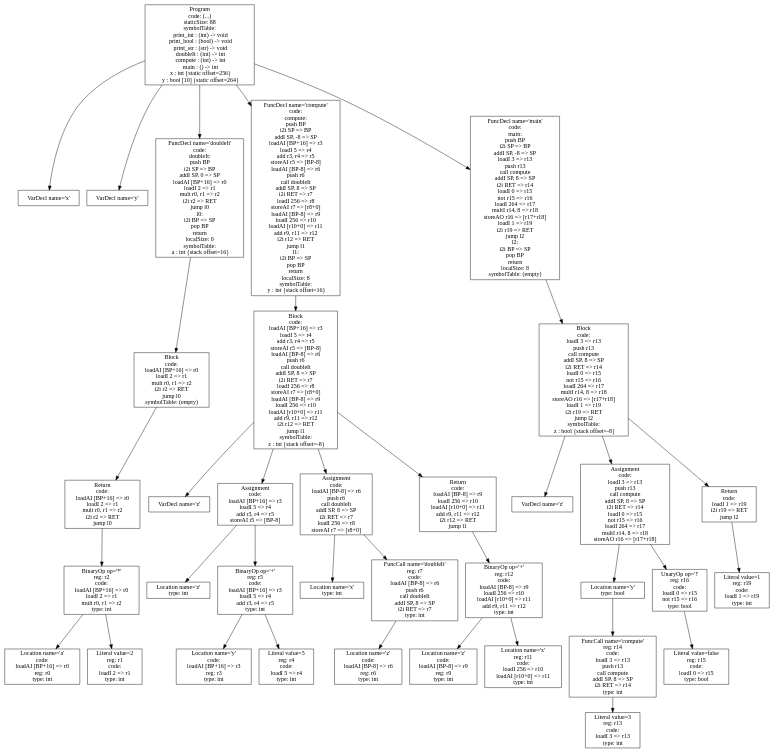
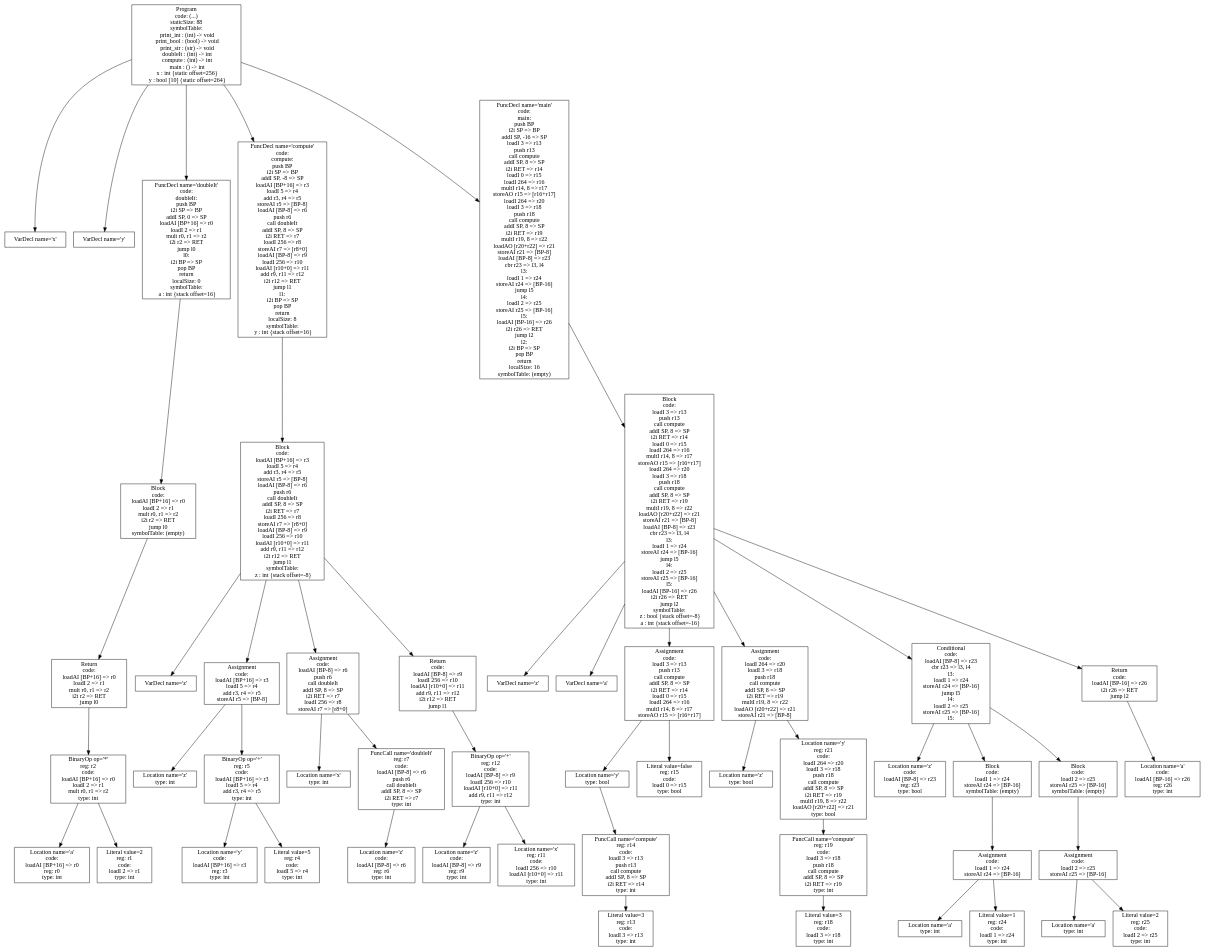
Before and after one commit to purejerome/cs432_project: the diagram in p4-codegen/iloc-tree.dot, drawn with Graphviz. The commit also changed 4 other files, not shown here.

Commit message:
changed bool sizing in location as well

```diff
--- a/p4-codegen/iloc-tree.dot
+++ b/p4-codegen/iloc-tree.dot
@@ -1,73 +1,103 @@
 digraph AST {
 1 [shape=box, label="VarDecl name='x'"];
 2 [shape=box, label="VarDecl name='y'"];
 7 [shape=box, label="Location name='a'\ncode: \nloadAI [BP+16] => r0\nreg: r0\ntype: int"];
 8 [shape=box, label="Literal value=2\nreg: r1\ncode: \nloadI 2 => r1\ntype: int"];
 6 [shape=box, label="BinaryOp op='*'\nreg: r2\ncode: \nloadAI [BP+16] => r0\nloadI 2 => r1\nmult r0, r1 => r2\ntype: int"];
 6 -> 7;
 6 -> 8;
 5 [shape=box, label="Return\ncode: \nloadAI [BP+16] => r0\nloadI 2 => r1\nmult r0, r1 => r2\ni2i r2 => RET\njump l0"];
 5 -> 6;
 4 [shape=box, label="Block\ncode: \nloadAI [BP+16] => r0\nloadI 2 => r1\nmult r0, r1 => r2\ni2i r2 => RET\njump l0\nsymbolTable: (empty)"];
 4 -> 5;
 3 [shape=box, label="FuncDecl name='doubleIt'\ncode: \ndoubleIt:\npush BP\ni2i SP => BP\naddI SP, 0 => SP\nloadAI [BP+16] => r0\nloadI 2 => r1\nmult r0, r1 => r2\ni2i r2 => RET\njump l0\nl0:\ni2i BP => SP\npop BP\nreturn\nlocalSize: 0\nsymbolTable: \n  a : int {stack offset=16}"];
 3 -> 4;
 11 [shape=box, label="VarDecl name='z'"];
 13 [shape=box, label="Location name='z'\ntype: int"];
 15 [shape=box, label="Location name='y'\ncode: \nloadAI [BP+16] => r3\nreg: r3\ntype: int"];
 16 [shape=box, label="Literal value=5\nreg: r4\ncode: \nloadI 5 => r4\ntype: int"];
 14 [shape=box, label="BinaryOp op='+'\nreg: r5\ncode: \nloadAI [BP+16] => r3\nloadI 5 => r4\nadd r3, r4 => r5\ntype: int"];
 14 -> 15;
 14 -> 16;
 12 [shape=box, label="Assignment\ncode: \nloadAI [BP+16] => r3\nloadI 5 => r4\nadd r3, r4 => r5\nstoreAI r5 => [BP-8]"];
 12 -> 13;
 12 -> 14;
 18 [shape=box, label="Location name='x'\ntype: int"];
 20 [shape=box, label="Location name='z'\ncode: \nloadAI [BP-8] => r6\nreg: r6\ntype: int"];
 19 [shape=box, label="FuncCall name='doubleIt'\nreg: r7\ncode: \nloadAI [BP-8] => r6\npush r6\ncall doubleIt\naddI SP, 8 => SP\ni2i RET => r7\ntype: int"];
 19 -> 20;
 17 [shape=box, label="Assignment\ncode: \nloadAI [BP-8] => r6\npush r6\ncall doubleIt\naddI SP, 8 => SP\ni2i RET => r7\nloadI 256 => r8\nstoreAI r7 => [r8+0]"];
 17 -> 18;
 17 -> 19;
 23 [shape=box, label="Location name='z'\ncode: \nloadAI [BP-8] => r9\nreg: r9\ntype: int"];
 24 [shape=box, label="Location name='x'\nreg: r11\ncode: \nloadI 256 => r10\nloadAI [r10+0] => r11\ntype: int"];
 22 [shape=box, label="BinaryOp op='+'\nreg: r12\ncode: \nloadAI [BP-8] => r9\nloadI 256 => r10\nloadAI [r10+0] => r11\nadd r9, r11 => r12\ntype: int"];
 22 -> 23;
 22 -> 24;
 21 [shape=box, label="Return\ncode: \nloadAI [BP-8] => r9\nloadI 256 => r10\nloadAI [r10+0] => r11\nadd r9, r11 => r12\ni2i r12 => RET\njump l1"];
 21 -> 22;
 10 [shape=box, label="Block\ncode: \nloadAI [BP+16] => r3\nloadI 5 => r4\nadd r3, r4 => r5\nstoreAI r5 => [BP-8]\nloadAI [BP-8] => r6\npush r6\ncall doubleIt\naddI SP, 8 => SP\ni2i RET => r7\nloadI 256 => r8\nstoreAI r7 => [r8+0]\nloadAI [BP-8] => r9\nloadI 256 => r10\nloadAI [r10+0] => r11\nadd r9, r11 => r12\ni2i r12 => RET\njump l1\nsymbolTable: \n  z : int {stack offset=-8}"];
 10 -> 11;
 10 -> 12;
 10 -> 17;
 10 -> 21;
 9 [shape=box, label="FuncDecl name='compute'\ncode: \ncompute:\npush BP\ni2i SP => BP\naddI SP, -8 => SP\nloadAI [BP+16] => r3\nloadI 5 => r4\nadd r3, r4 => r5\nstoreAI r5 => [BP-8]\nloadAI [BP-8] => r6\npush r6\ncall doubleIt\naddI SP, 8 => SP\ni2i RET => r7\nloadI 256 => r8\nstoreAI r7 => [r8+0]\nloadAI [BP-8] => r9\nloadI 256 => r10\nloadAI [r10+0] => r11\nadd r9, r11 => r12\ni2i r12 => RET\njump l1\nl1:\ni2i BP => SP\npop BP\nreturn\nlocalSize: 8\nsymbolTable: \n  y : int {stack offset=16}"];
 9 -> 10;
 27 [shape=box, label="VarDecl name='z'"];
-31 [shape=box, label="Literal value=3\nreg: r13\ncode: \nloadI 3 => r13\ntype: int"];
-30 [shape=box, label="FuncCall name='compute'\nreg: r14\ncode: \nloadI 3 => r13\npush r13\ncall compute\naddI SP, 8 => SP\ni2i RET => r14\ntype: int"];
+28 [shape=box, label="VarDecl name='a'"];
+32 [shape=box, label="Literal value=3\nreg: r13\ncode: \nloadI 3 => r13\ntype: int"];
+31 [shape=box, label="FuncCall name='compute'\nreg: r14\ncode: \nloadI 3 => r13\npush r13\ncall compute\naddI SP, 8 => SP\ni2i RET => r14\ntype: int"];
+31 -> 32;
+30 [shape=box, label="Location name='y'\ntype: bool"];
 30 -> 31;
-29 [shape=box, label="Location name='y'\ntype: bool"];
+33 [shape=box, label="Literal value=false\nreg: r15\ncode: \nloadI 0 => r15\ntype: bool"];
+29 [shape=box, label="Assignment\ncode: \nloadI 3 => r13\npush r13\ncall compute\naddI SP, 8 => SP\ni2i RET => r14\nloadI 0 => r15\nloadI 264 => r16\nmultI r14, 8 => r17\nstoreAO r15 => [r16+r17]"];
 29 -> 30;
-33 [shape=box, label="Literal value=false\nreg: r15\ncode: \nloadI 0 => r15\ntype: bool"];
-32 [shape=box, label="UnaryOp op='!'\nreg: r16\ncode: \nloadI 0 => r15\nnot r15 => r16\ntype: bool"];
-32 -> 33;
-28 [shape=box, label="Assignment\ncode: \nloadI 3 => r13\npush r13\ncall compute\naddI SP, 8 => SP\ni2i RET => r14\nloadI 0 => r15\nnot r15 => r16\nloadI 264 => r17\nmultI r14, 8 => r18\nstoreAO r16 => [r17+r18]"];
-28 -> 29;
-28 -> 32;
-35 [shape=box, label="Literal value=1\nreg: r19\ncode: \nloadI 1 => r19\ntype: int"];
-34 [shape=box, label="Return\ncode: \nloadI 1 => r19\ni2i r19 => RET\njump l2"];
+29 -> 33;
+35 [shape=box, label="Location name='z'\ntype: bool"];
+38 [shape=box, label="Literal value=3\nreg: r18\ncode: \nloadI 3 => r18\ntype: int"];
+37 [shape=box, label="FuncCall name='compute'\nreg: r19\ncode: \nloadI 3 => r18\npush r18\ncall compute\naddI SP, 8 => SP\ni2i RET => r19\ntype: int"];
+37 -> 38;
+36 [shape=box, label="Location name='y'\nreg: r21\ncode: \nloadI 264 => r20\nloadI 3 => r18\npush r18\ncall compute\naddI SP, 8 => SP\ni2i RET => r19\nmultI r19, 8 => r22\nloadAO [r20+r22] => r21\ntype: bool"];
+36 -> 37;
+34 [shape=box, label="Assignment\ncode: \nloadI 264 => r20\nloadI 3 => r18\npush r18\ncall compute\naddI SP, 8 => SP\ni2i RET => r19\nmultI r19, 8 => r22\nloadAO [r20+r22] => r21\nstoreAI r21 => [BP-8]"];
 34 -> 35;
-26 [shape=box, label="Block\ncode: \nloadI 3 => r13\npush r13\ncall compute\naddI SP, 8 => SP\ni2i RET => r14\nloadI 0 => r15\nnot r15 => r16\nloadI 264 => r17\nmultI r14, 8 => r18\nstoreAO r16 => [r17+r18]\nloadI 1 => r19\ni2i r19 => RET\njump l2\nsymbolTable: \n  z : bool {stack offset=-8}"];
+34 -> 36;
+40 [shape=box, label="Location name='z'\ncode: \nloadAI [BP-8] => r23\nreg: r23\ntype: bool"];
+43 [shape=box, label="Location name='a'\ntype: int"];
+44 [shape=box, label="Literal value=1\nreg: r24\ncode: \nloadI 1 => r24\ntype: int"];
+42 [shape=box, label="Assignment\ncode: \nloadI 1 => r24\nstoreAI r24 => [BP-16]"];
+42 -> 43;
+42 -> 44;
+41 [shape=box, label="Block\ncode: \nloadI 1 => r24\nstoreAI r24 => [BP-16]\nsymbolTable: (empty)"];
+41 -> 42;
+47 [shape=box, label="Location name='a'\ntype: int"];
+48 [shape=box, label="Literal value=2\nreg: r25\ncode: \nloadI 2 => r25\ntype: int"];
+46 [shape=box, label="Assignment\ncode: \nloadI 2 => r25\nstoreAI r25 => [BP-16]"];
+46 -> 47;
+46 -> 48;
+45 [shape=box, label="Block\ncode: \nloadI 2 => r25\nstoreAI r25 => [BP-16]\nsymbolTable: (empty)"];
+45 -> 46;
+39 [shape=box, label="Conditional\ncode: \nloadAI [BP-8] => r23\ncbr r23 => l3, l4\nl3:\nloadI 1 => r24\nstoreAI r24 => [BP-16]\njump l5\nl4:\nloadI 2 => r25\nstoreAI r25 => [BP-16]\nl5:"];
+39 -> 40;
+39 -> 41;
+39 -> 45;
+50 [shape=box, label="Location name='a'\ncode: \nloadAI [BP-16] => r26\nreg: r26\ntype: int"];
+49 [shape=box, label="Return\ncode: \nloadAI [BP-16] => r26\ni2i r26 => RET\njump l2"];
+49 -> 50;
+26 [shape=box, label="Block\ncode: \nloadI 3 => r13\npush r13\ncall compute\naddI SP, 8 => SP\ni2i RET => r14\nloadI 0 => r15\nloadI 264 => r16\nmultI r14, 8 => r17\nstoreAO r15 => [r16+r17]\nloadI 264 => r20\nloadI 3 => r18\npush r18\ncall compute\naddI SP, 8 => SP\ni2i RET => r19\nmultI r19, 8 => r22\nloadAO [r20+r22] => r21\nstoreAI r21 => [BP-8]\nloadAI [BP-8] => r23\ncbr r23 => l3, l4\nl3:\nloadI 1 => r24\nstoreAI r24 => [BP-16]\njump l5\nl4:\nloadI 2 => r25\nstoreAI r25 => [BP-16]\nl5:\nloadAI [BP-16] => r26\ni2i r26 => RET\njump l2\nsymbolTable: \n  z : bool {stack offset=-8}\n  a : int {stack offset=-16}"];
 26 -> 27;
 26 -> 28;
+26 -> 29;
 26 -> 34;
-25 [shape=box, label="FuncDecl name='main'\ncode: \nmain:\npush BP\ni2i SP => BP\naddI SP, -8 => SP\nloadI 3 => r13\npush r13\ncall compute\naddI SP, 8 => SP\ni2i RET => r14\nloadI 0 => r15\nnot r15 => r16\nloadI 264 => r17\nmultI r14, 8 => r18\nstoreAO r16 => [r17+r18]\nloadI 1 => r19\ni2i r19 => RET\njump l2\nl2:\ni2i BP => SP\npop BP\nreturn\nlocalSize: 8\nsymbolTable: (empty)"];
+26 -> 39;
+26 -> 49;
+25 [shape=box, label="FuncDecl name='main'\ncode: \nmain:\npush BP\ni2i SP => BP\naddI SP, -16 => SP\nloadI 3 => r13\npush r13\ncall compute\naddI SP, 8 => SP\ni2i RET => r14\nloadI 0 => r15\nloadI 264 => r16\nmultI r14, 8 => r17\nstoreAO r15 => [r16+r17]\nloadI 264 => r20\nloadI 3 => r18\npush r18\ncall compute\naddI SP, 8 => SP\ni2i RET => r19\nmultI r19, 8 => r22\nloadAO [r20+r22] => r21\nstoreAI r21 => [BP-8]\nloadAI [BP-8] => r23\ncbr r23 => l3, l4\nl3:\nloadI 1 => r24\nstoreAI r24 => [BP-16]\njump l5\nl4:\nloadI 2 => r25\nstoreAI r25 => [BP-16]\nl5:\nloadAI [BP-16] => r26\ni2i r26 => RET\njump l2\nl2:\ni2i BP => SP\npop BP\nreturn\nlocalSize: 16\nsymbolTable: (empty)"];
 25 -> 26;
 0 [shape=box, label="Program\ncode: (...)\nstaticSize: 88\nsymbolTable: \n  print_int : (int) -> void\n  print_bool : (bool) -> void\n  print_str : (str) -> void\n  doubleIt : (int) -> int\n  compute : (int) -> int\n  main : () -> int\n  x : int {static offset=256}\n  y : bool [10] {static offset=264}"];
 0 -> 1;
 0 -> 2;
 0 -> 3;
 0 -> 9;
 0 -> 25;
 }
```
